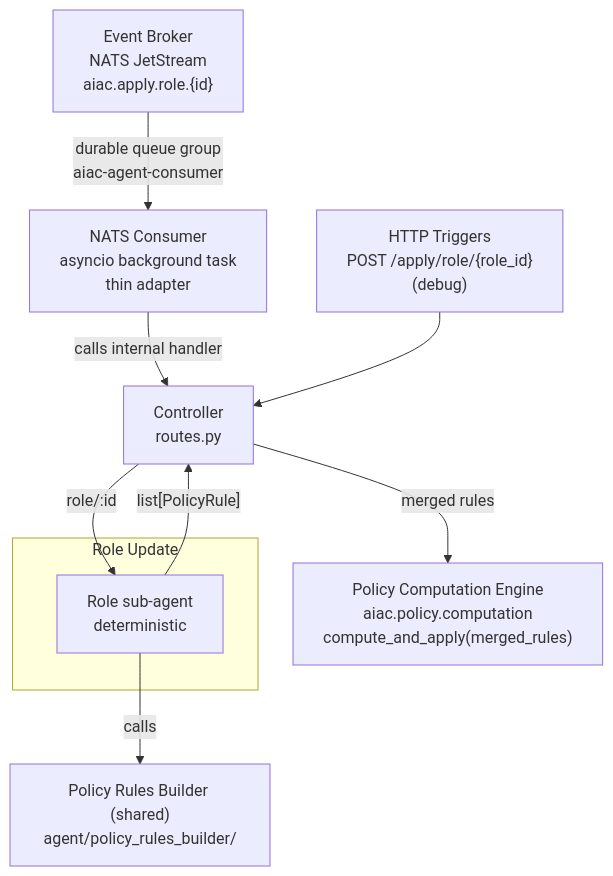
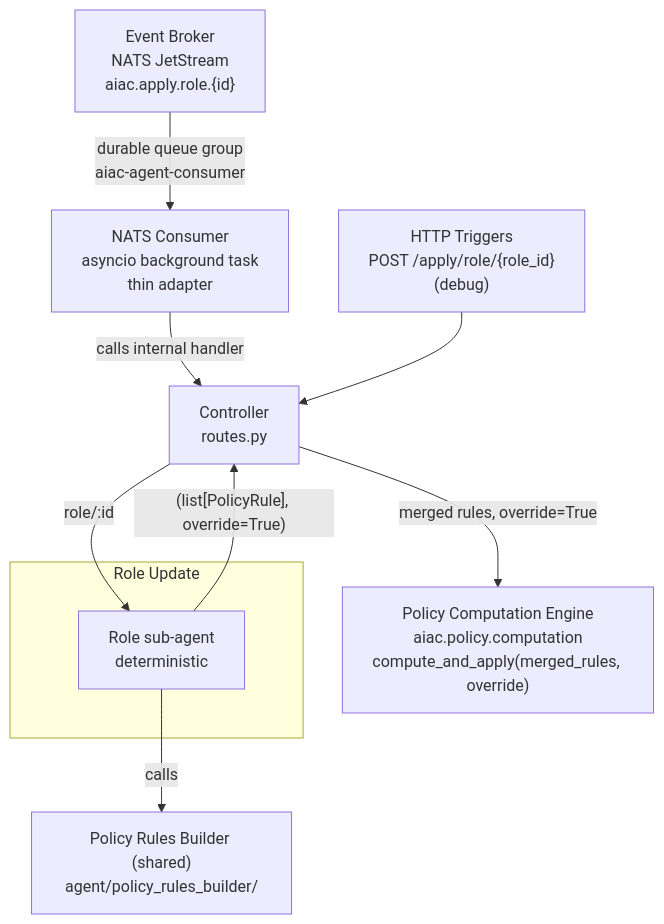
The diagram in inception/requirements/components/aiac-agent/uc3-role-update.md (rossoctl/aiac), drawn with Mermaid before and after one commit. The commit also changed other lines of this file and 3 other files, not shown here.

First line of the commit message:
docs(aiac): Move role flattening upstream of PRB; add PCE append/override

````diff
--- a/inception/requirements/components/aiac-agent/uc3-role-update.md
+++ b/inception/requirements/components/aiac-agent/uc3-role-update.md
@@ -16,24 +16,24 @@
 ```mermaid
 flowchart TD
     NATS["Event Broker\nNATS JetStream\naiac.apply.role.{id}"]
     NATS_CONSUMER["NATS Consumer\nasyncio background task\nthin adapter"]
     TRIGGERS["HTTP Triggers\nPOST /apply/role/{role_id}\n(debug)"]
     CTRL["Controller\nroutes.py"]
 
     NATS -->|"durable queue group\naiac-agent-consumer"| NATS_CONSUMER
     NATS_CONSUMER -->|"calls internal handler"| CTRL
     TRIGGERS --> CTRL
 
     subgraph RR["Role Update"]
         SA["Role sub-agent\ndeterministic"]
     end
 
     PRB["Policy Rules Builder (shared)\nagent/policy_rules_builder/"]
-    PCE["Policy Computation Engine\naiac.policy.computation\ncompute_and_apply(merged_rules)"]
+    PCE["Policy Computation Engine\naiac.policy.computation\ncompute_and_apply(merged_rules, override)"]
 
     SA -->|"calls"| PRB
 
     CTRL -->|"role/:id"| SA
-    SA -->|"list[PolicyRule]"| CTRL
-    CTRL -->|"merged rules"| PCE
+    SA -->|"(list[PolicyRule], override=True)"| CTRL
+    CTRL -->|"merged rules, override=True"| PCE
 ```
````
